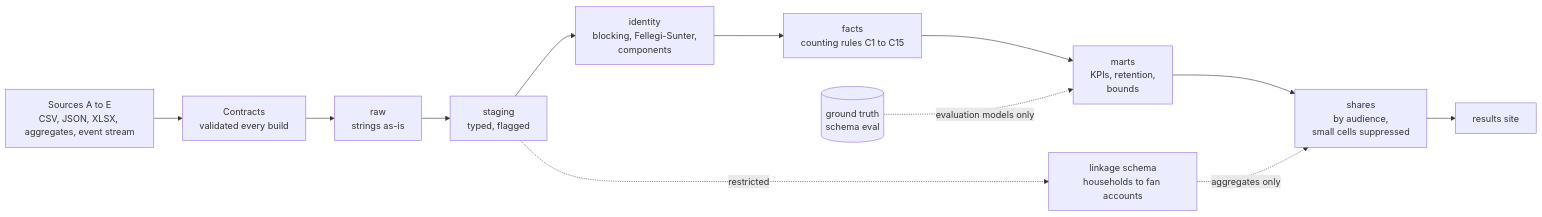
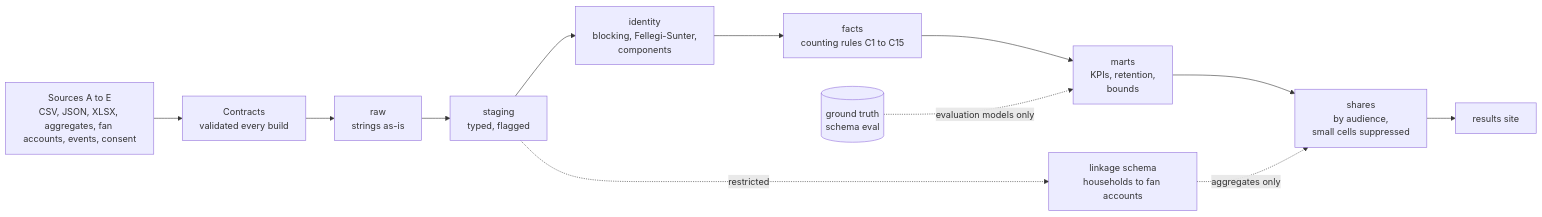
The diagram in README.md (anna-malakhova-anna/football-project-next-gen), drawn with Mermaid before and after one commit. The commit also changed other lines of this file and 22 other files, not shown here.

````diff
--- a/README.md
+++ b/README.md
@@ -16,14 +17,14 @@
 ```mermaid
 flowchart LR
-  S[Sources A to E<br/>CSV, JSON, XLSX, aggregates, event stream] --> K[Contracts<br/>validated every build]
+  S[Sources A to E<br/>CSV, JSON, XLSX, aggregates, fan accounts, events, consent] --> K[Contracts<br/>validated every build]
   K --> R[raw<br/>strings as-is]
   R --> ST[staging<br/>typed, flagged]
   ST --> I[identity<br/>blocking, Fellegi-Sunter,<br/>components]
   I --> F[facts<br/>counting rules C1 to C15]
   F --> M[marts<br/>KPIs, retention,<br/>bounds]
   M --> SH[shares<br/>by audience,<br/>small cells suppressed]
   SH --> W[results site]
   ST -.restricted.-> L[linkage schema<br/>households to fan accounts]
   L -.aggregates only.-> SH
   G[(ground truth<br/>schema eval)] -.evaluation models only.-> M
 ```
````
